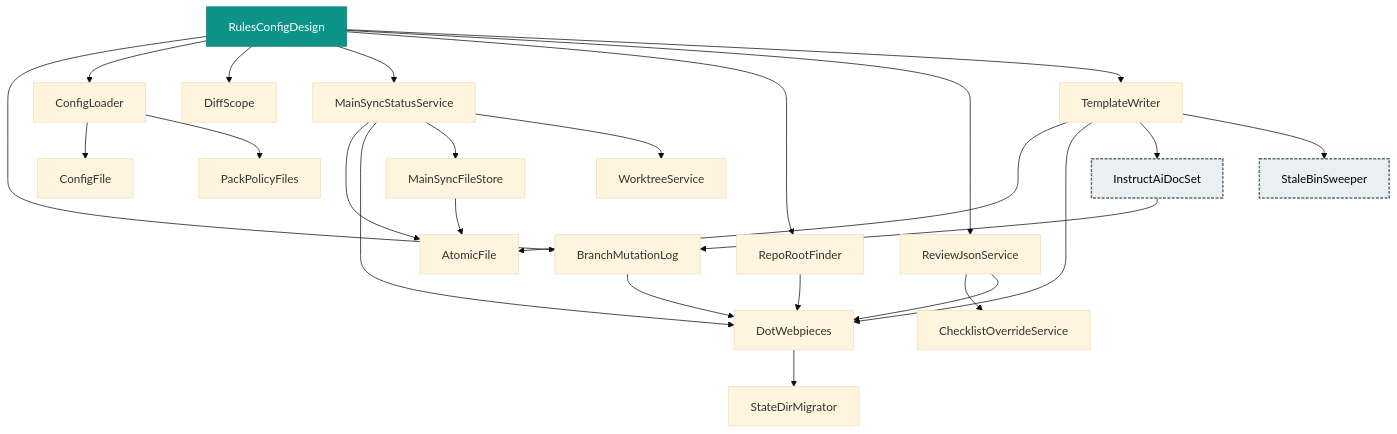
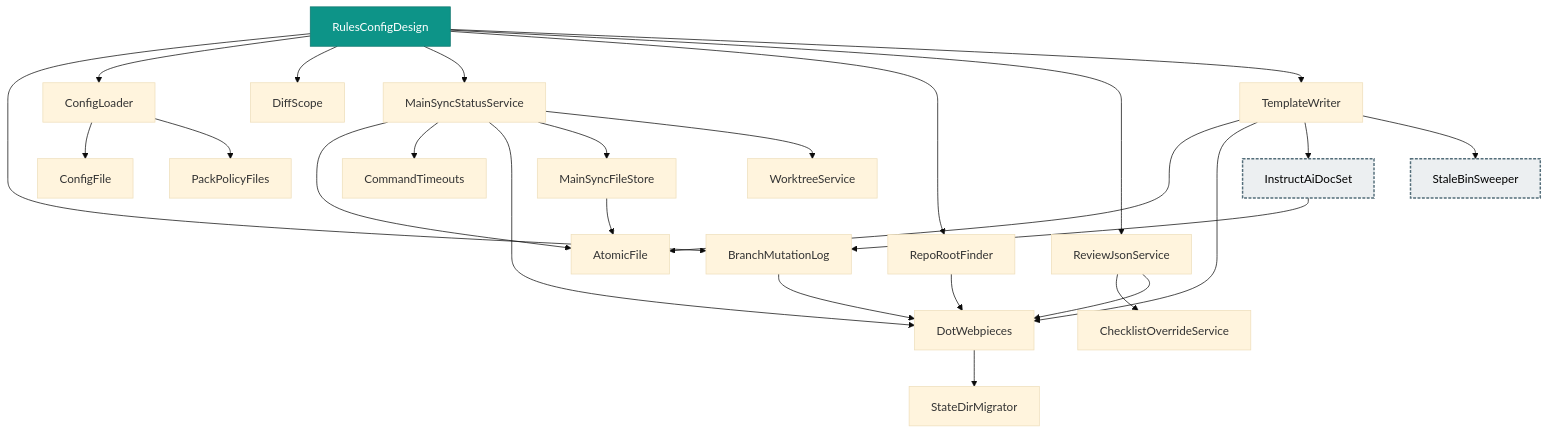
The diagram in packages/tooling/rules-config/design.md (deanhiller/webpieces-ts), drawn with Mermaid (base theme) before and after one commit. The commit also changed 27 other files, not shown here.

First line of the commit message:
Throttle the detached sync-main refresh in the spawner to one start per 10 minutes per repo (#1345)

````diff
--- a/packages/tooling/rules-config/design.md
+++ b/packages/tooling/rules-config/design.md
@@ -13,52 +13,54 @@
 ```mermaid
 graph TD
     AtomicFile["AtomicFile"]
     BranchMutationLog["BranchMutationLog"]
     ChecklistOverrideService["ChecklistOverrideService"]
+    CommandTimeouts["CommandTimeouts"]
     ConfigFile["ConfigFile"]
     ConfigLoader["ConfigLoader"]
     DiffScope["DiffScope"]
     DotWebpieces["DotWebpieces"]
     InstructAiDocSet["InstructAiDocSet"]:::many
     MainSyncFileStore["MainSyncFileStore"]
     MainSyncStatusService["MainSyncStatusService"]
     PackPolicyFiles["PackPolicyFiles"]
     RepoRootFinder["RepoRootFinder"]
     ReviewJsonService["ReviewJsonService"]
     RulesConfigDesign["RulesConfigDesign"]:::apiImpl
     StaleBinSweeper["StaleBinSweeper"]:::many
     StateDirMigrator["StateDirMigrator"]
     TemplateWriter["TemplateWriter"]
     WorktreeService["WorktreeService"]
     BranchMutationLog --> DotWebpieces
     ConfigLoader --> ConfigFile
     ConfigLoader --> PackPolicyFiles
     DotWebpieces --> StateDirMigrator
     InstructAiDocSet --> BranchMutationLog
     MainSyncFileStore --> AtomicFile
     MainSyncStatusService --> AtomicFile
+    MainSyncStatusService --> CommandTimeouts
     MainSyncStatusService --> DotWebpieces
     MainSyncStatusService --> MainSyncFileStore
     MainSyncStatusService --> WorktreeService
     RepoRootFinder --> DotWebpieces
     ReviewJsonService --> ChecklistOverrideService
     ReviewJsonService --> DotWebpieces
     RulesConfigDesign --> BranchMutationLog
     RulesConfigDesign --> ConfigLoader
     RulesConfigDesign --> DiffScope
     RulesConfigDesign --> MainSyncStatusService
     RulesConfigDesign --> RepoRootFinder
     RulesConfigDesign --> ReviewJsonService
     RulesConfigDesign --> TemplateWriter
     TemplateWriter --> AtomicFile
     TemplateWriter --> DotWebpieces
     TemplateWriter --> InstructAiDocSet
     TemplateWriter --> StaleBinSweeper
     classDef controller fill:#1f6feb,color:#ffffff,stroke:#0d419d
     classDef apiImpl fill:#0d9488,color:#ffffff,stroke:#0f766e
     classDef component fill:#2da44e,color:#ffffff,stroke:#1a7f37
     classDef unresolved fill:#f0ad4e,color:#000000,stroke:#b8860b,stroke-dasharray: 5 5
     classDef external fill:#b39ddb,color:#000000,stroke:#5e35b1,stroke-width:3px
     classDef api fill:#4fc3f7,color:#000000,stroke:#0277bd,stroke-width:3px
     classDef many fill:#eceff1,color:#000000,stroke:#546e7a,stroke-width:2px,stroke-dasharray: 4 2
 ```
````
